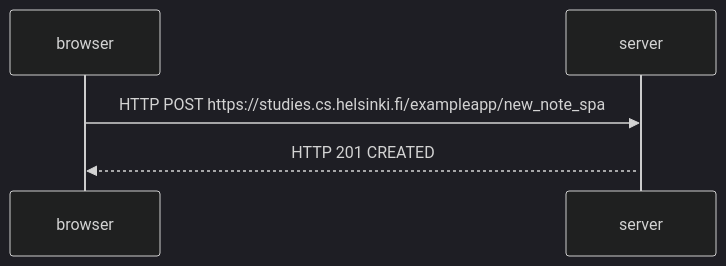
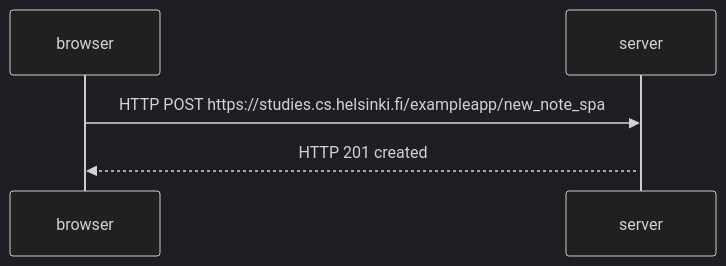
Before and after one commit to sebascasta14/full-stack-open-2023: the diagram in part0/newnoteinsinglepageappdiagram.md, drawn with Mermaid (dark theme).

````diff
--- a/part0/newnoteinsinglepageappdiagram.md
+++ b/part0/newnoteinsinglepageappdiagram.md
@@ -1,14 +1,14 @@
 ```mermaid
 
 sequenceDiagram
     participant browser
     participant server
 
 
     browser->>server: HTTP POST https://studies.cs.helsinki.fi/exampleapp/new_note_spa
 
 
     activate server
-    server-->>browser: HTTP 201 CREATED
+    server-->>browser: HTTP 201 created
 
 ```
````
